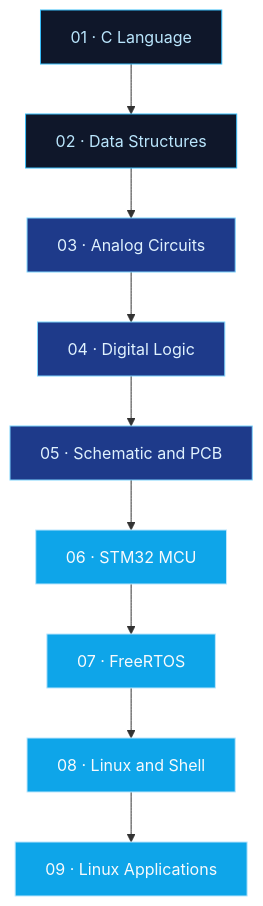
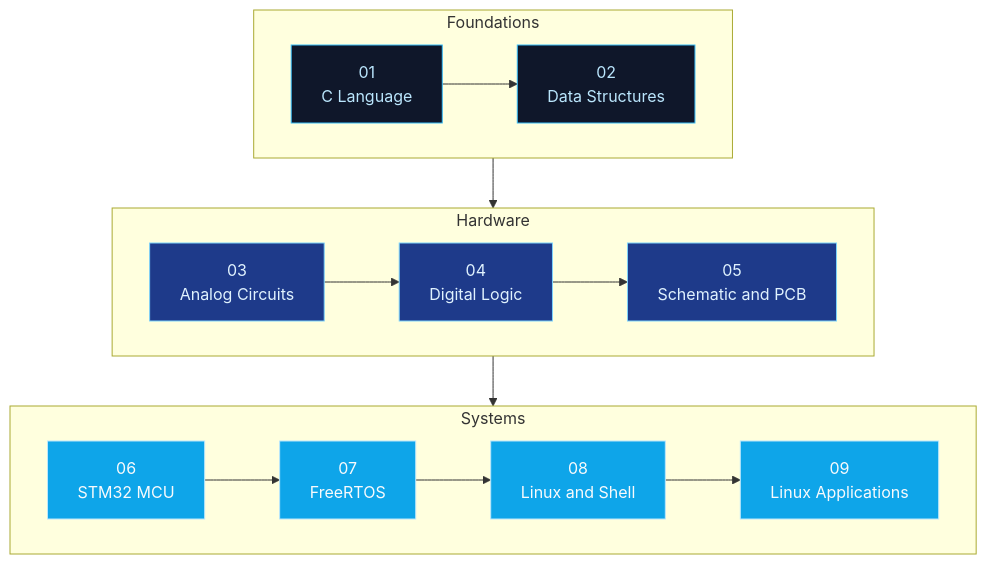
The diagram in README-English.md (Ashleycurry/embedded-roadmap), drawn with Mermaid before and after one commit. The commit also changed other lines of this file and 1 other file, not shown here.

Commit message:
refactor: redesign overview as staged flow, drop hands-on projects

````diff
--- a/README-English.md
+++ b/README-English.md
@@ -57,21 +57,35 @@
 ```mermaid
-flowchart TD
-    N1["01 · C Language"]
-    N2["02 · Data Structures"]
-    N3["03 · Analog Circuits"]
-    N4["04 · Digital Logic"]
-    N5["05 · Schematic and PCB"]
-    N6["06 · STM32 MCU"]
-    N7["07 · FreeRTOS"]
-    N8["08 · Linux and Shell"]
-    N9["09 · Linux Applications"]
+flowchart TB
+    subgraph P1["Foundations"]
+        direction LR
+        N1["01<br/>C Language"]
+        N2["02<br/>Data Structures"]
+        N1 --> N2
+    end
 
-    N1 --> N2 --> N3 --> N4 --> N5 --> N6 --> N7 --> N8 --> N9
+    subgraph P2["Hardware"]
+        direction LR
+        N3["03<br/>Analog Circuits"]
+        N4["04<br/>Digital Logic"]
+        N5["05<br/>Schematic and PCB"]
+        N3 --> N4 --> N5
+    end
 
-    classDef soft fill:#0F172A,stroke:#38BDF8,color:#BAE6FD,stroke-width:1px
-    classDef hw fill:#1E3A8A,stroke:#7DD3FC,color:#E0F2FE,stroke-width:1px
-    classDef sys fill:#0EA5E9,stroke:#BAE6FD,color:#F8FAFC,stroke-width:1px
-    class N1,N2 soft
-    class N3,N4,N5 hw
-    class N6,N7,N8,N9 sys
+    subgraph P3["Systems"]
+        direction LR
+        N6["06<br/>STM32 MCU"]
+        N7["07<br/>FreeRTOS"]
+        N8["08<br/>Linux and Shell"]
+        N9["09<br/>Linux Applications"]
+        N6 --> N7 --> N8 --> N9
+    end
+
+    P1 --> P2 --> P3
+
+    classDef c1 fill:#0F172A,stroke:#38BDF8,color:#BAE6FD,stroke-width:1px
+    classDef c2 fill:#1E3A8A,stroke:#7DD3FC,color:#E0F2FE,stroke-width:1px
+    classDef c3 fill:#0EA5E9,stroke:#BAE6FD,color:#F8FAFC,stroke-width:1px
+    class N1,N2 c1
+    class N3,N4,N5 c2
+    class N6,N7,N8,N9 c3
 ```
````
